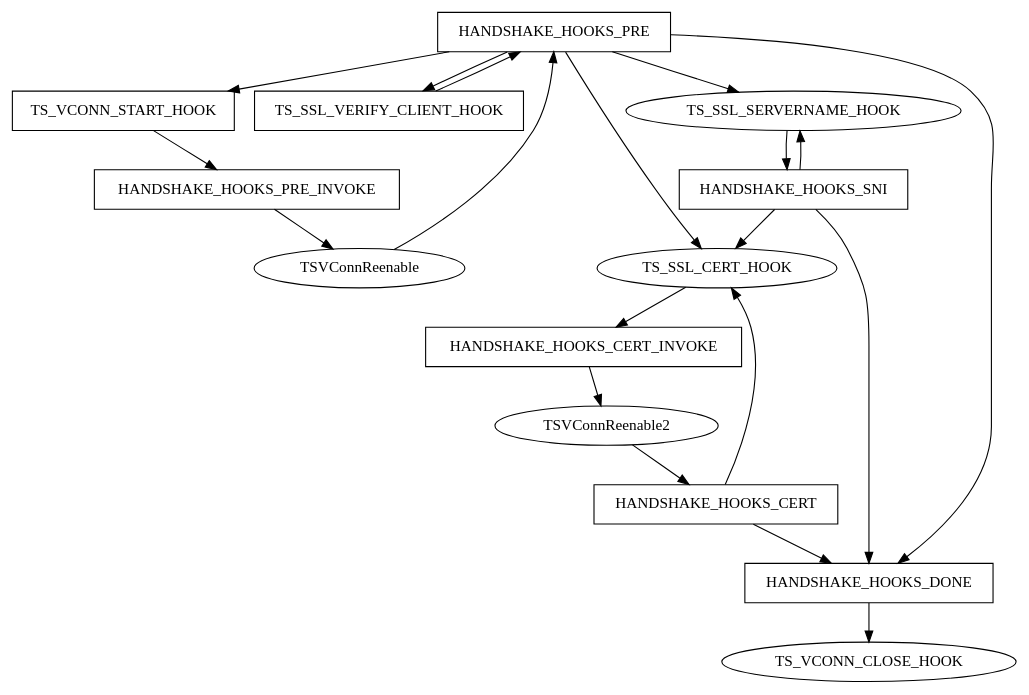
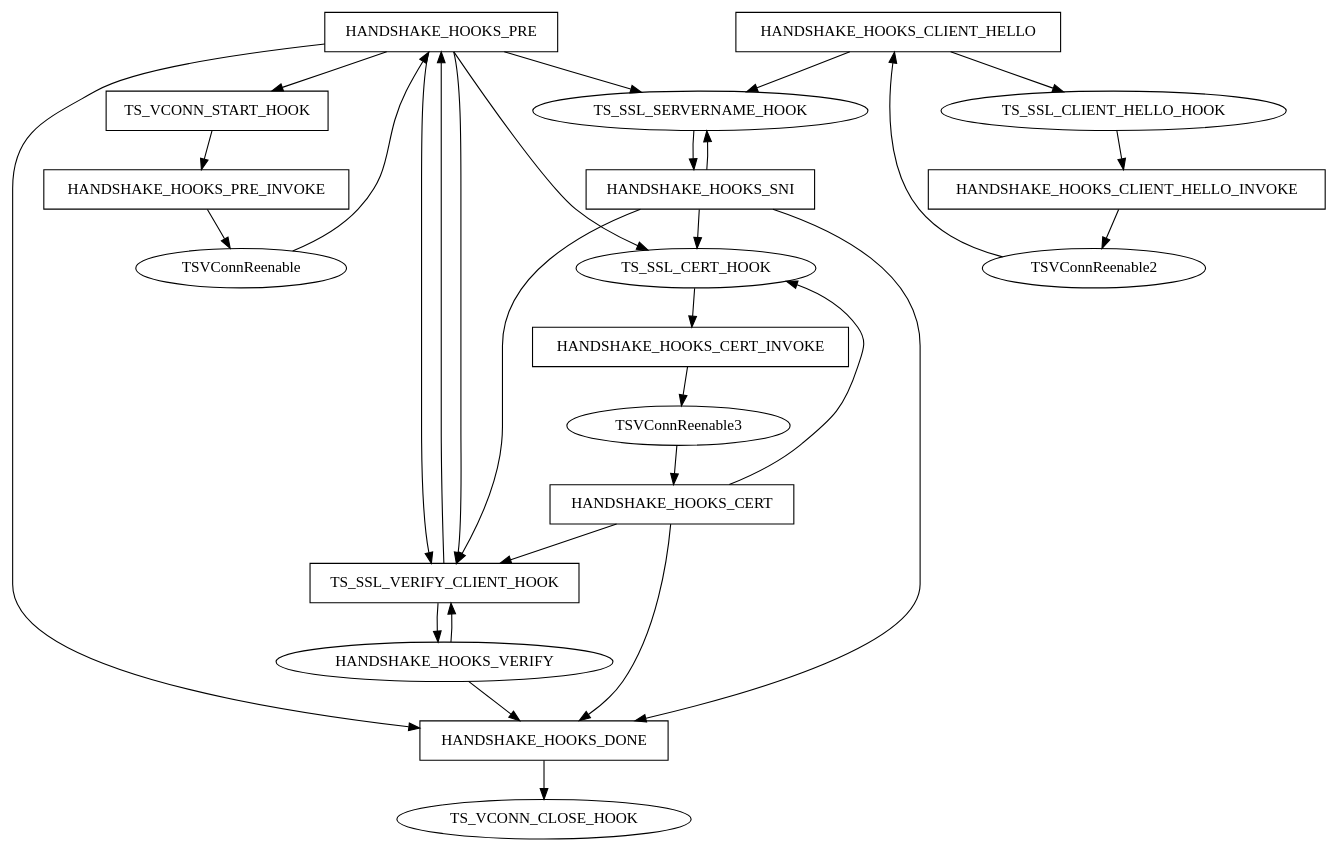
One commit to SolidWallOfCode/trafficserver changed the first of 2 diagrams in doc/developer-guide/plugins/hooks-and-transactions/ssl-hooks.en.rst. Above: the diagram before and after it, drawn with Graphviz. The commit also changed other lines of this file and 28 other files, not shown here.

Commit message:
Added TS_SSL_CLIENT_HELLO_HOOK and docs Added new test for client hello hook

```diff
--- a/doc/developer-guide/plugins/hooks-and-transactions/ssl-hooks.en.rst
+++ b/doc/developer-guide/plugins/hooks-and-transactions/ssl-hooks.en.rst
@@ -129,33 +135,48 @@
 .. graphviz::
    :alt: TLS Inbound Hook State Diagram
 
    digraph tls_hook_state_diagram{
      HANDSHAKE_HOOKS_PRE -> TS_VCONN_START_HOOK;
      HANDSHAKE_HOOKS_PRE -> TS_SSL_VERIFY_CLIENT_HOOK;
      HANDSHAKE_HOOKS_PRE -> TS_SSL_CERT_HOOK;
      HANDSHAKE_HOOKS_PRE -> TS_SSL_SERVERNAME_HOOK;
      HANDSHAKE_HOOKS_PRE -> HANDSHAKE_HOOKS_DONE;
      TS_SSL_VERIFY_CLIENT_HOOK -> HANDSHAKE_HOOKS_PRE;
      TS_VCONN_START_HOOK -> HANDSHAKE_HOOKS_PRE_INVOKE;
      HANDSHAKE_HOOKS_PRE_INVOKE -> TSVConnReenable;
      TSVConnReenable -> HANDSHAKE_HOOKS_PRE;
+     TS_SSL_CLIENT_HELLO_HOOK -> HANDSHAKE_HOOKS_CLIENT_HELLO_INVOKE;
+     HANDSHAKE_HOOKS_CLIENT_HELLO_INVOKE -> TSVConnReenable2;
+     TSVConnReenable2 -> HANDSHAKE_HOOKS_CLIENT_HELLO;
+     HANDSHAKE_HOOKS_CLIENT_HELLO -> TS_SSL_CLIENT_HELLO_HOOK;
+     HANDSHAKE_HOOKS_CLIENT_HELLO -> TS_SSL_SERVERNAME_HOOK;
      TS_SSL_SERVERNAME_HOOK -> HANDSHAKE_HOOKS_SNI;
      HANDSHAKE_HOOKS_SNI -> TS_SSL_SERVERNAME_HOOK;
      HANDSHAKE_HOOKS_SNI -> TS_SSL_CERT_HOOK;
      HANDSHAKE_HOOKS_SNI -> HANDSHAKE_HOOKS_DONE;
      HANDSHAKE_HOOKS_CERT -> TS_SSL_CERT_HOOK;
      TS_SSL_CERT_HOOK -> HANDSHAKE_HOOKS_CERT_INVOKE;
-     HANDSHAKE_HOOKS_CERT_INVOKE -> TSVConnReenable2;
-     TSVConnReenable2 -> HANDSHAKE_HOOKS_CERT;
+     HANDSHAKE_HOOKS_CERT_INVOKE -> TSVConnReenable3;
+     TSVConnReenable3 -> HANDSHAKE_HOOKS_CERT;
+
+     HANDSHAKE_HOOKS_CERT -> TS_SSL_VERIFY_CLIENT_HOOK;
+     HANDSHAKE_HOOKS_SNI -> TS_SSL_VERIFY_CLIENT_HOOK;
+     HANDSHAKE_HOOKS_PRE -> TS_SSL_VERIFY_CLIENT_HOOK;
+     TS_SSL_VERIFY_CLIENT_HOOK -> HANDSHAKE_HOOKS_VERIFY;
+     HANDSHAKE_HOOKS_VERIFY -> TS_SSL_VERIFY_CLIENT_HOOK;
+     HANDSHAKE_HOOKS_VERIFY -> HANDSHAKE_HOOKS_DONE;
+
      HANDSHAKE_HOOKS_CERT -> HANDSHAKE_HOOKS_DONE;
      HANDSHAKE_HOOKS_DONE -> TS_VCONN_CLOSE_HOOK;
 
      HANDSHAKE_HOOKS_PRE [shape=box];
      TS_VCONN_START_HOOK [shape=box];
      TS_SSL_VERIFY_CLIENT_HOOK [shape=box];
      HANDSHAKE_HOOKS_PRE_INVOKE [shape=box];
+     HANDSHAKE_HOOKS_CLIENT_HELLO [shape=box];
+     HANDSHAKE_HOOKS_CLIENT_HELLO_INVOKE [shape=box];
      HANDSHAKE_HOOKS_SNI [shape=box];
      HANDSHAKE_HOOKS_CERT [shape=box];
      HANDSHAKE_HOOKS_CERT_INVOKE [shape=box];
      HANDSHAKE_HOOKS_DONE [shape=box];
    }
```
